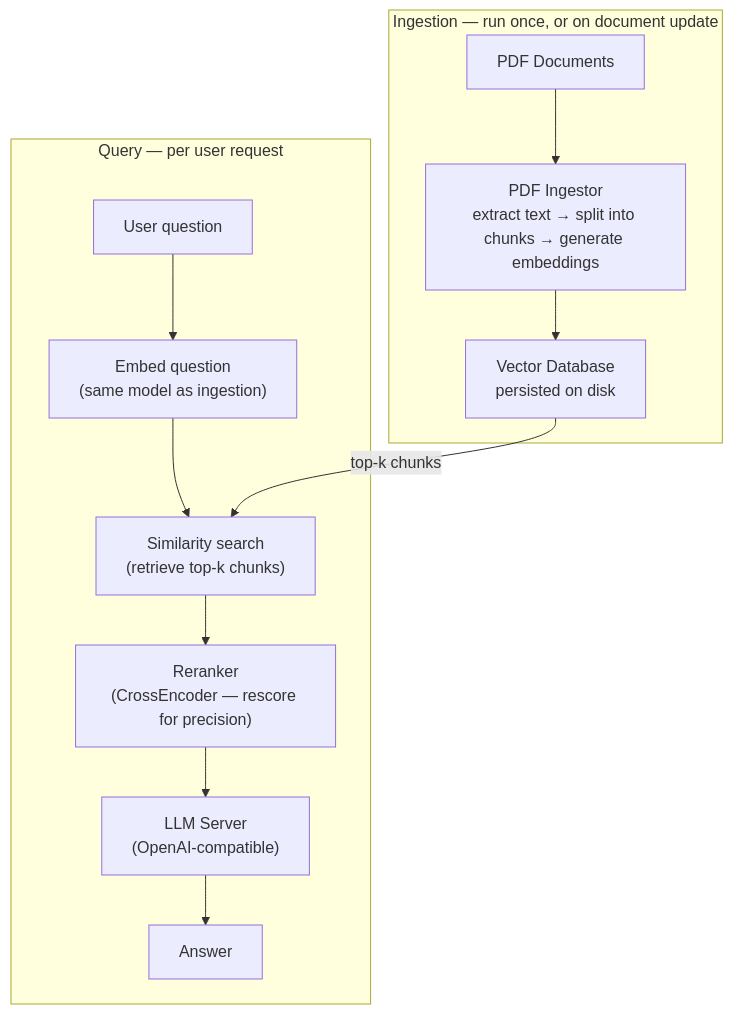
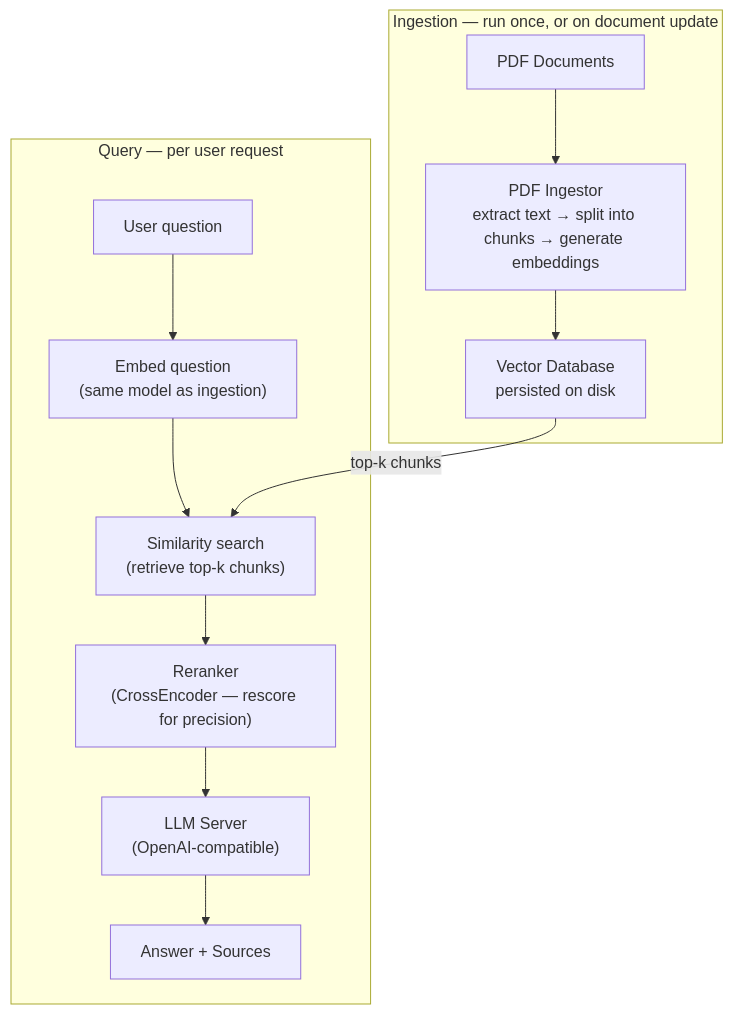
Before and after one commit to mabaeyens/qlik-sense-local-llm: the diagram in docs/pattern-3-rag-documents.md, drawn with Mermaid. The commit also changed other lines of this file, not shown here.

````diff
--- a/docs/pattern-3-rag-documents.md
+++ b/docs/pattern-3-rag-documents.md
@@ -15,22 +25,22 @@
 ```mermaid
 graph TD
     subgraph Ingestion["Ingestion — run once, or on document update"]
         PDF["PDF Documents"]
         ING["PDF Ingestor\nextract text → split into chunks → generate embeddings"]
         VDB["Vector Database\npersisted on disk"]
         PDF --> ING --> VDB
     end
 
     subgraph Query["Query — per user request"]
         Q["User question"]
         EMB["Embed question\n(same model as ingestion)"]
         RET["Similarity search\n(retrieve top-k chunks)"]
         RRK["Reranker\n(CrossEncoder — rescore for precision)"]
         LLM["LLM Server\n(OpenAI-compatible)"]
-        ANS["Answer"]
+        ANS["Answer + Sources"]
 
         Q --> EMB --> RET
         VDB -->|"top-k chunks"| RET
         RET --> RRK --> LLM --> ANS
     end
 ```
````
